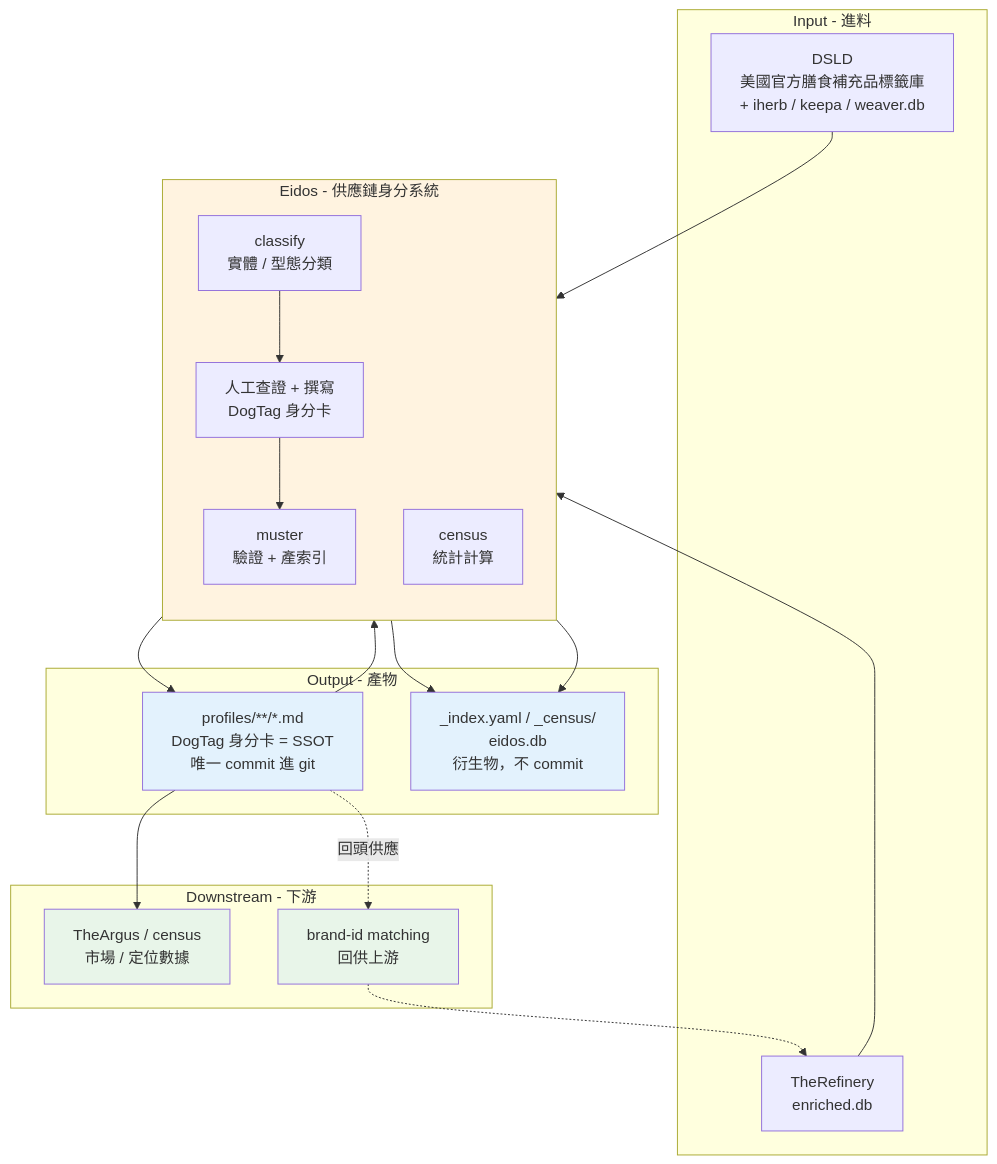
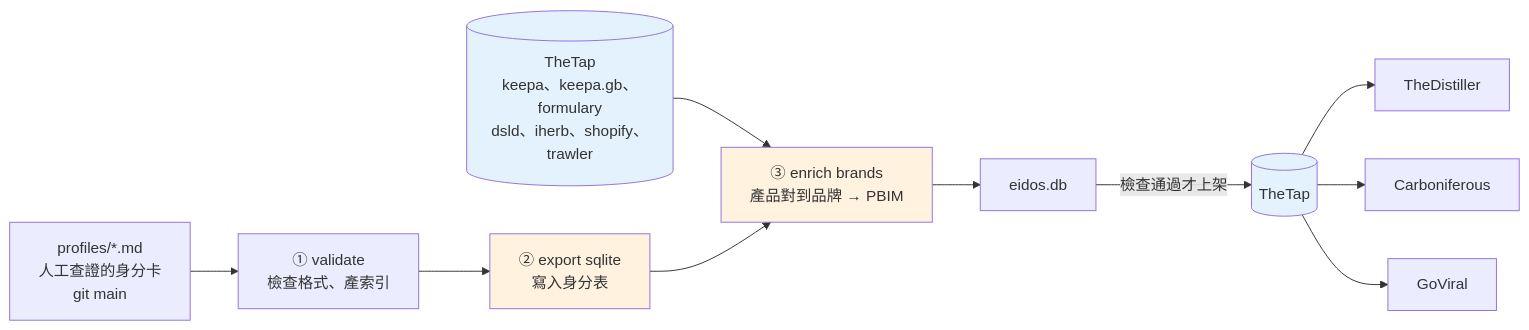
Before and after one commit to mapleelpam/LuminNexus-LearningMap: the diagram in projects/alchemymind/eidos.md, drawn with Mermaid. The commit also changed other lines of this file, not shown here.

First line of the commit message:
docs: 更新 Eidos 教材（v1.5）：輸入改為 TheTap 7 份產品 db、新增交接方式與故事表

````diff
--- a/projects/alchemymind/eidos.md
+++ b/projects/alchemymind/eidos.md
@@ -87,43 +94,17 @@
 ```mermaid
-graph TB
-    subgraph Input["Input - 進料"]
-        DSLD[DSLD<br/>美國官方膳食補充品標籤庫<br/>+ iherb / keepa / weaver.db]
-        RF[TheRefinery<br/>enriched.db]
-    end
+graph LR
+    PR[profiles/*.md<br/>人工查證的身分卡<br/>git main] --> V[① validate<br/>檢查格式、產索引]
+    V --> EX[② export sqlite<br/>寫入身分表]
+    TAPIN[(TheTap<br/>keepa、keepa.gb、formulary<br/>dsld、iherb、shopify、trawler)] --> EN
+    EX --> EN[③ enrich brands<br/>產品對到品牌 → PBIM]
+    EN --> DB[eidos.db]
+    DB -->|檢查通過才上架| TAPOUT[(TheTap)]
+    TAPOUT --> DI[TheDistiller]
+    TAPOUT --> CA[Carboniferous]
+    TAPOUT --> GV[GoViral]
 
-    subgraph Eidos["Eidos - 供應鏈身分系統"]
-        direction TB
-        C[classify<br/>實體 / 型態分類]
-        A[人工查證 + 撰寫<br/>DogTag 身分卡]
-        M[muster<br/>驗證 + 產索引]
-        CE[census<br/>統計計算]
-    end
-
-    subgraph Output["Output - 產物"]
-        P[profiles/**/*.md<br/>DogTag 身分卡 = SSOT<br/>唯一 commit 進 git]
-        D[_index.yaml / _census/<br/>eidos.db<br/>衍生物，不 commit]
-    end
-
-    subgraph Downstream["Downstream - 下游"]
-        ARG[TheArgus / census<br/>市場 / 定位數據]
-        BID[brand-id matching<br/>回供上游]
-    end
-
-    DSLD --> A
-    RF --> A
-    C --> A
-    A --> M
-    M --> P
-    P --> CE
-    M --> D
-    CE --> D
-    P --> ARG
-    P -.->|回頭供應| BID
-    BID -.-> RF
-
-    style Eidos fill:#fff3e0
-    style P fill:#e3f2fd
-    style D fill:#e3f2fd
-    style ARG fill:#e8f5e9
-    style BID fill:#e8f5e9
+    style EX fill:#fff3e0
+    style EN fill:#fff3e0
+    style TAPIN fill:#e3f2fd
+    style TAPOUT fill:#e3f2fd
 ```
````
